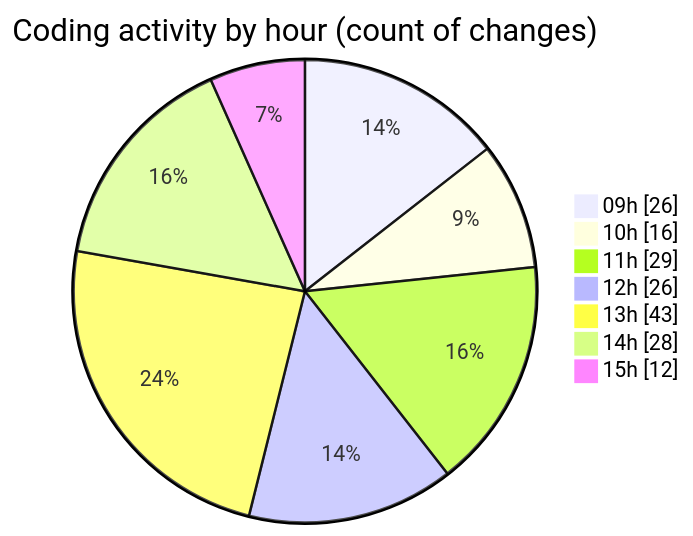
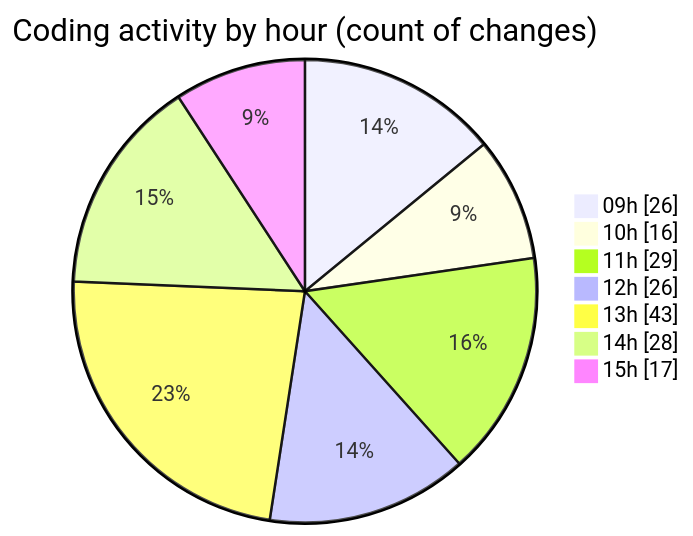
One commit to momahboobian/code-tracking changed the second of 2 diagrams in 2025-11-17/cda/README.md. Above: the diagram before and after it, drawn with Mermaid. The commit also changed other lines of this file and 1 other file, not shown here.

````diff
--- a/2025-11-17/cda/README.md
+++ b/2025-11-17/cda/README.md
@@ -41,11 +41,11 @@
 ```mermaid
 pie showData
 title Coding activity by hour (count of changes)
 "09h" : 26
 "10h" : 16
 "11h" : 29
 "12h" : 26
 "13h" : 43
 "14h" : 28
-"15h" : 12
+"15h" : 17
 ```
````
